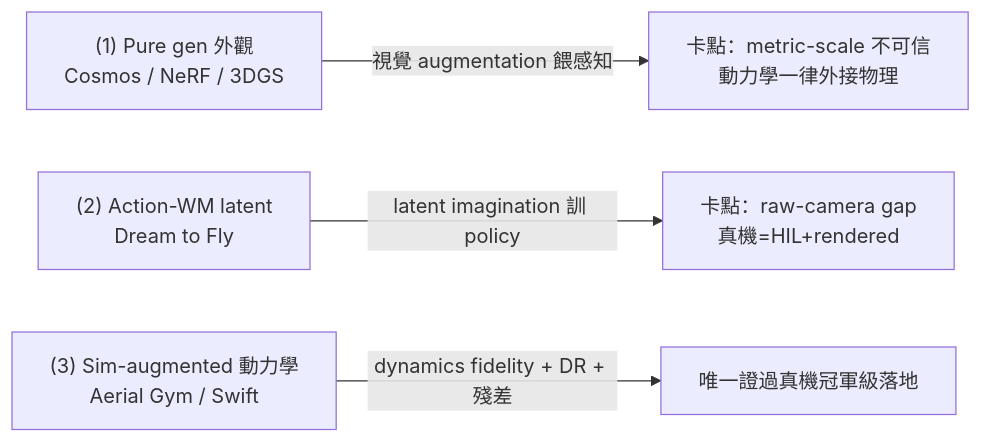
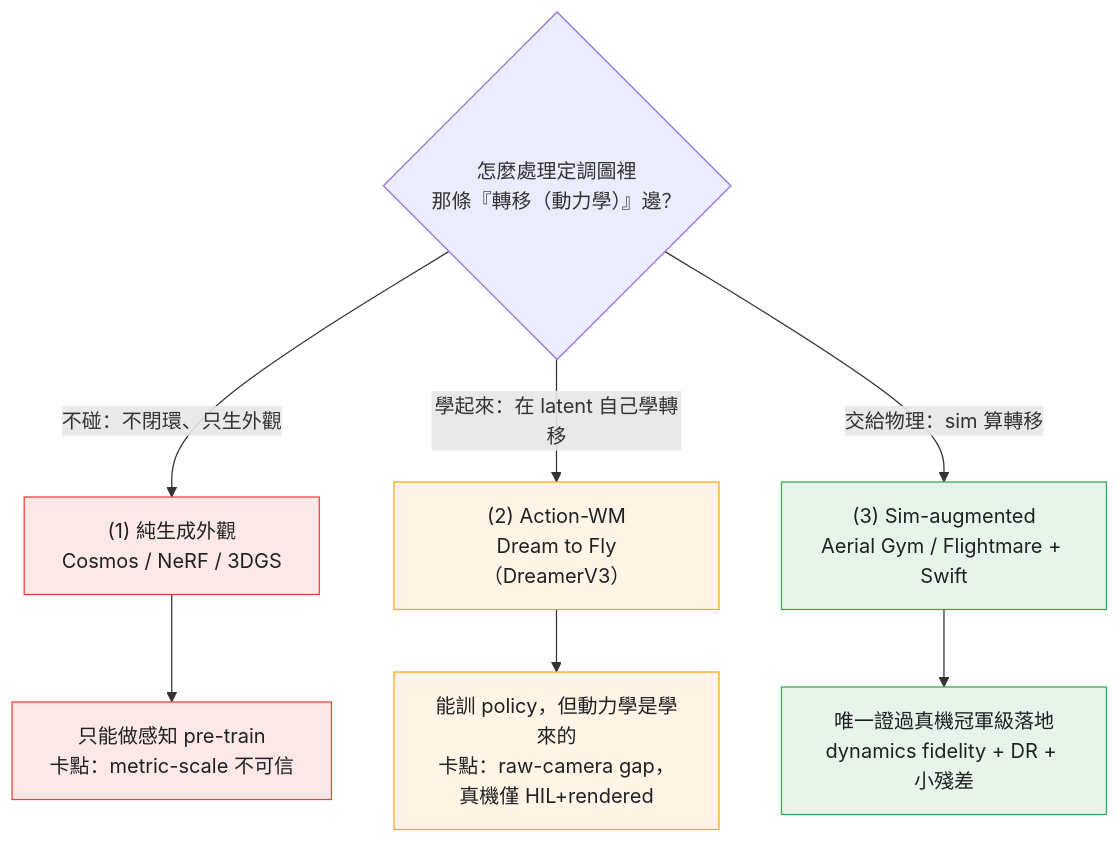
One commit to sou350121/Physics-Controllable-Generation-Handbook changed the second of 2 diagrams in use-cases/aerial-sim/README.md. Above: the diagram before and after it, drawn with Mermaid. The commit also changed other lines of this file and 1 other file, not shown here.

Commit message:
aerial-sim/overview：第二張圖重做 + 整篇邏輯收束到一條軸
讓整篇圍繞一條主線——「轉移（動力學）那條邊」：定調圖說它必須物理 →
為什麼自成一格說 aerial 這條邊最難 → 三條子路線＝三種處理這條邊 →
sim-to-real 契約＝這條邊裡什麼必須真。

- 第二張圖從「三條平行列（跟定調圖沒接上）」重做成**決策流**：以
  「怎麼處理那條轉移邊？」為根，分三支（不碰/學起來/交給物理）→ 三種結局；
  classDef 紅黃綠標成熟度（(3)交給物理綠=落地、(2)學進latent黃=卡raw-camera、
  (1)只生外觀紅=只能感知）。
- 補兩句邏輯連接：子路線開頭點明「差別就在怎麼處理那條轉移邊」；圖後一句把問題
  收束到「(3)要落地、那條邊什麼必須真」→ 直接帶出下一節契約。
- 移除與新圖重複的舊 blockquote。
- mermaid 0 FAIL/0 WARN、audit 0 FAIL、同步 README 鏡像。

````diff
--- a/use-cases/aerial-sim/README.md
+++ b/use-cases/aerial-sim/README.md
@@ -72,6 +72,16 @@
 ```mermaid
-flowchart LR
-    R1["(1) Pure gen 外觀<br/>Cosmos / NeRF / 3DGS"] -->|"視覺 augmentation 餵感知"| GAP1["卡點：metric-scale 不可信<br/>動力學一律外接物理"]
-    R2["(2) Action-WM latent<br/>Dream to Fly"] -->|"latent imagination 訓 policy"| GAP2["卡點：raw-camera gap<br/>真機=HIL+rendered"]
-    R3["(3) Sim-augmented 動力學<br/>Aerial Gym / Swift"] -->|"dynamics fidelity + DR + 殘差"| WIN["唯一證過真機冠軍級落地"]
+flowchart TD
+    Q{"怎麼處理定調圖裡<br/>那條『轉移（動力學）』邊？"}
+    Q -->|"不碰：不閉環、只生外觀"| R1["(1) 純生成外觀<br/>Cosmos / NeRF / 3DGS"]
+    Q -->|"學起來：在 latent 自己學轉移"| R2["(2) Action-WM<br/>Dream to Fly（DreamerV3）"]
+    Q -->|"交給物理：sim 算轉移"| R3["(3) Sim-augmented<br/>Aerial Gym / Flightmare + Swift"]
+    R1 --> G1["只能做感知 pre-train<br/>卡點：metric-scale 不可信"]
+    R2 --> G2["能訓 policy，但動力學是學來的<br/>卡點：raw-camera gap，真機僅 HIL+rendered"]
+    R3 --> W["唯一證過真機冠軍級落地<br/>dynamics fidelity + DR + 小殘差"]
+    classDef ok fill:#e6f4ea,stroke:#34a853,color:#202124
+    classDef warn fill:#fff4e5,stroke:#f9ab00,color:#202124
+    classDef stop fill:#fce8e6,stroke:#ea4335,color:#202124
+    class R3,W ok
+    class R2,G2 warn
+    class R1,G1 stop
 ```
````
